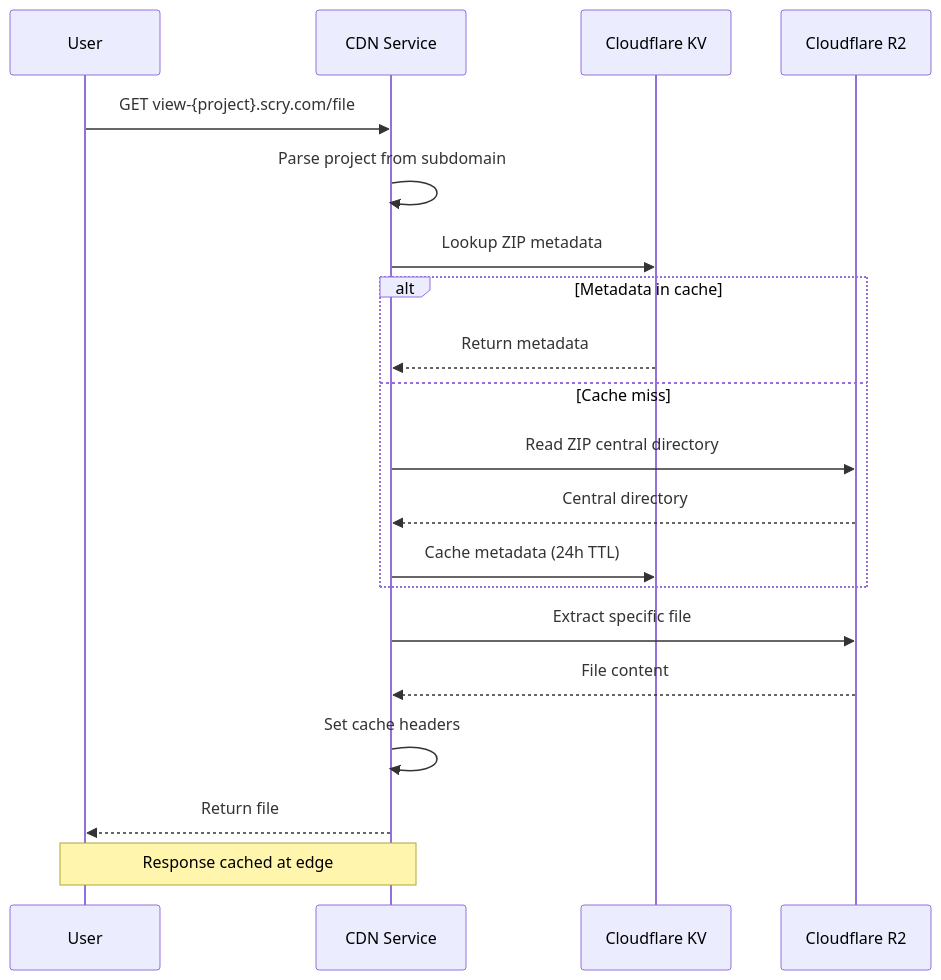
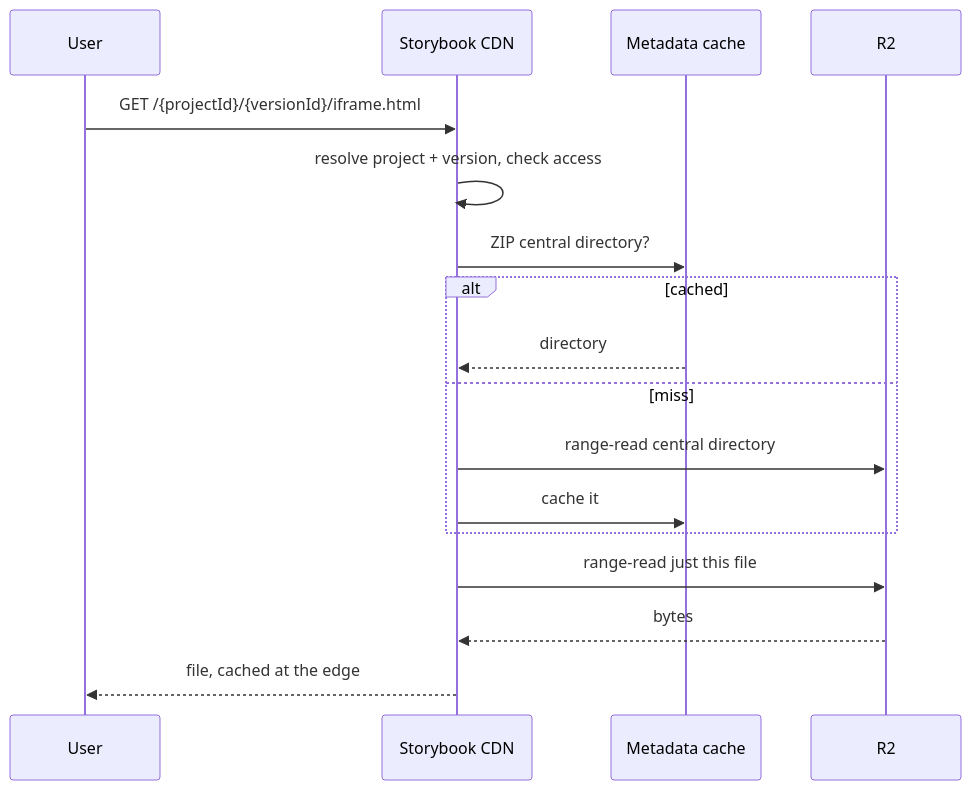
The third of 3 diagrams in services/overview.md (epinnock/scry-docs), drawn with Mermaid before and after one commit. The commit also changed other lines of this file and 49 other files, not shown here.

````diff
--- a/services/overview.md
+++ b/services/overview.md
@@ -135,23 +155,20 @@
 ```mermaid
 sequenceDiagram
     participant User
-    participant CDN as CDN Service
-    participant KV as Cloudflare KV
-    participant R2 as Cloudflare R2
-    
-    User->>CDN: GET view-{project}.scry.com/file
-    CDN->>CDN: Parse project from subdomain
-    CDN->>KV: Lookup ZIP metadata
-    alt Metadata in cache
-        KV-->>CDN: Return metadata
-    else Cache miss
-        CDN->>R2: Read ZIP central directory
-        R2-->>CDN: Central directory
-        CDN->>KV: Cache metadata (24h TTL)
+    participant CDN as Storybook CDN
+    participant KV as Metadata cache
+    participant R2 as R2
+
+    User->>CDN: GET /{projectId}/{versionId}/iframe.html
+    CDN->>CDN: resolve project + version, check access
+    CDN->>KV: ZIP central directory?
+    alt cached
+        KV-->>CDN: directory
+    else miss
+        CDN->>R2: range-read central directory
+        CDN->>KV: cache it
     end
-    CDN->>R2: Extract specific file
-    R2-->>CDN: File content
-    CDN->>CDN: Set cache headers
-    CDN-->>User: Return file
-    Note over CDN,User: Response cached at edge
+    CDN->>R2: range-read just this file
+    R2-->>CDN: bytes
+    CDN-->>User: file, cached at the edge
 ```
````
